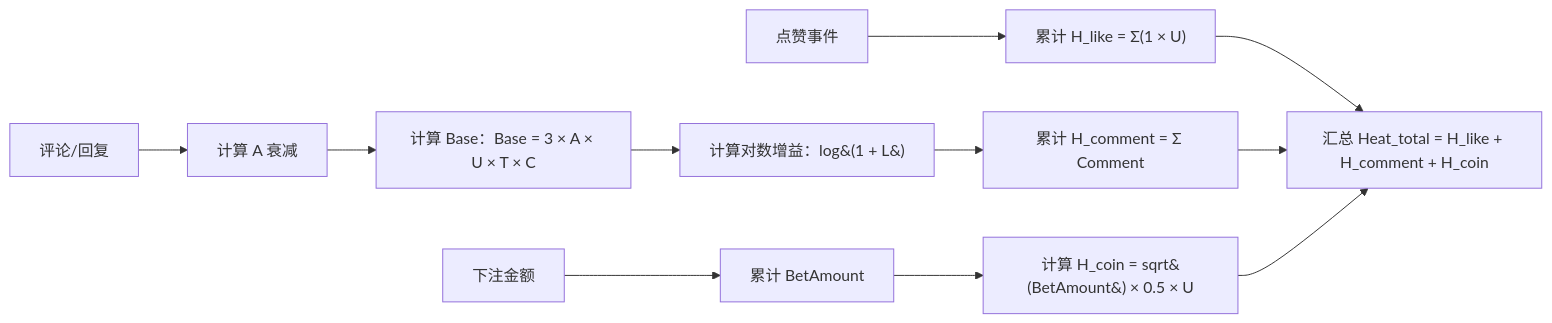
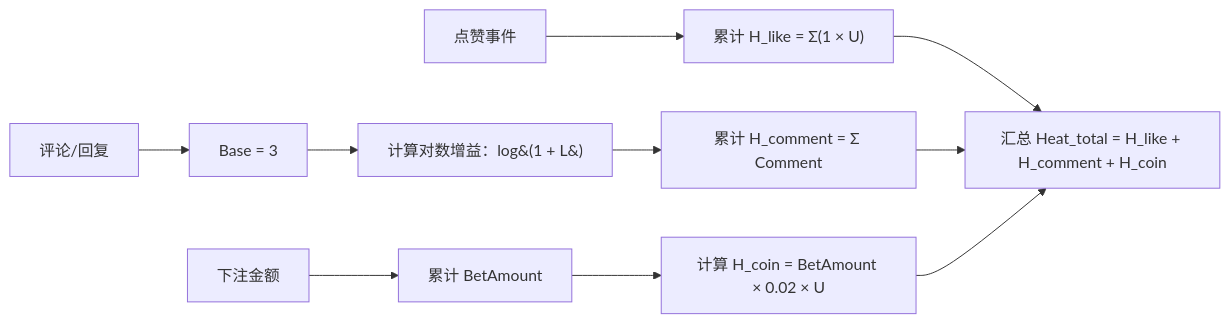
Before and after one commit to maoshuo1988/turtlepoll: the fourth of 4 diagrams in prompt/project/撕裂带-暗盘特性部分/01-流程图-0.md, drawn with Mermaid. The commit also changed 19 other files, not shown here.

````diff
--- a/prompt/project/撕裂带-暗盘特性部分/01-流程图-0.md
+++ b/prompt/project/撕裂带-暗盘特性部分/01-流程图-0.md
@@ -54,13 +54,12 @@
 ```mermaid
 flowchart LR
     A["点赞事件"] --> B["累计 H_like = Σ(1 × U)"]
-    C["评论/回复"] --> D["计算 A 衰减"]
-    D --> E["计算 Base：Base = 3 × A × U × T × C"]
-    E --> F["计算对数增益：log&#40;1 + L&#41;"]
-    F --> G["累计 H_comment = Σ Comment"]
-    H["下注金额"] --> I["累计 BetAmount"]
-    I --> J["计算 H_coin = sqrt&#40;BetAmount&#41; × 0.5 × U"]
-    B --> K["汇总 Heat_total = H_like + H_comment + H_coin"]
-    G --> K
-    J --> K
+    C["评论/回复"] --> D["Base = 3"]
+    D --> E["计算对数增益：log&#40;1 + L&#41;"]
+    E --> F["累计 H_comment = Σ Comment"]
+    G["下注金额"] --> H["累计 BetAmount"]
+    H --> I["计算 H_coin = BetAmount × 0.02 × U"]
+    B --> J["汇总 Heat_total = H_like + H_comment + H_coin"]
+    F --> J
+    I --> J
 ```
````
